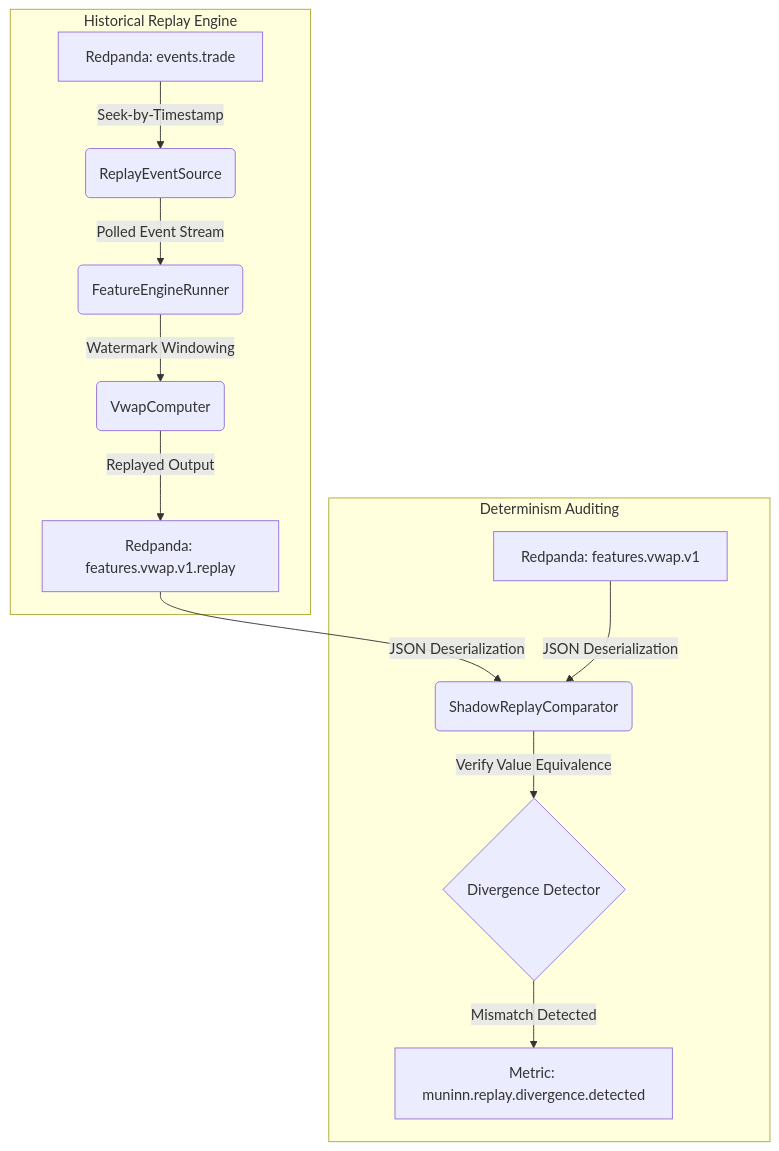
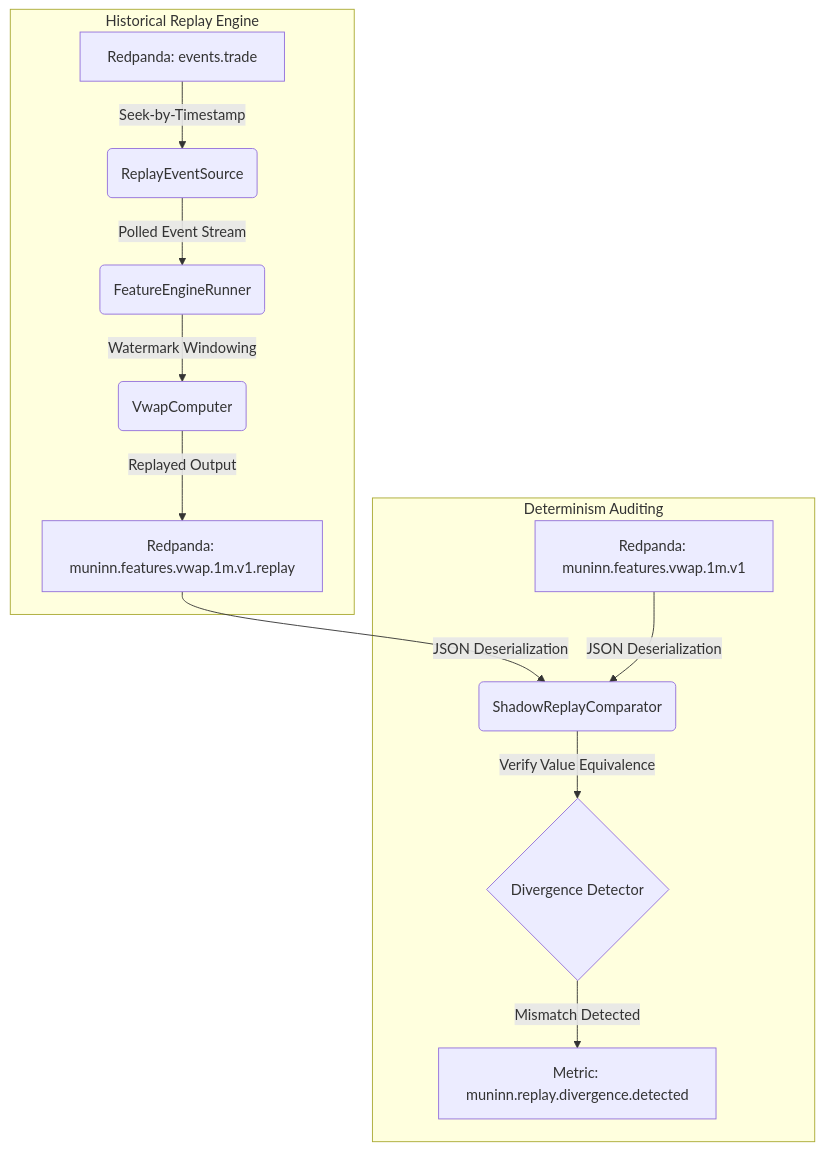
One commit to lgreene03/muninn changed the second of 3 diagrams in README.md. Above: the diagram before and after it, drawn with Mermaid. The commit also changed other lines of this file and 37 other files, not shown here.

````diff
--- a/README.md
+++ b/README.md
@@ -55,15 +55,15 @@
 ```mermaid
 graph TD
     subgraph Historical Replay Engine
         A[Redpanda: events.trade] -->|Seek-by-Timestamp| B(ReplayEventSource)
         B -->|Polled Event Stream| C(FeatureEngineRunner)
         C -->|Watermark Windowing| D(VwapComputer)
-        D -->|Replayed Output| E[Redpanda: features.vwap.v1.replay]
+        D -->|Replayed Output| E[Redpanda: muninn.features.vwap.1m.v1.replay]
     end
 
     subgraph Determinism Auditing
-        E & F[Redpanda: features.vwap.v1] -->|JSON Deserialization| G(ShadowReplayComparator)
+        E & F[Redpanda: muninn.features.vwap.1m.v1] -->|JSON Deserialization| G(ShadowReplayComparator)
         G -->|Verify Value Equivalence| H{Divergence Detector}
         H -->|Mismatch Detected| I[Metric: muninn.replay.divergence.detected]
     end
 ```
````
